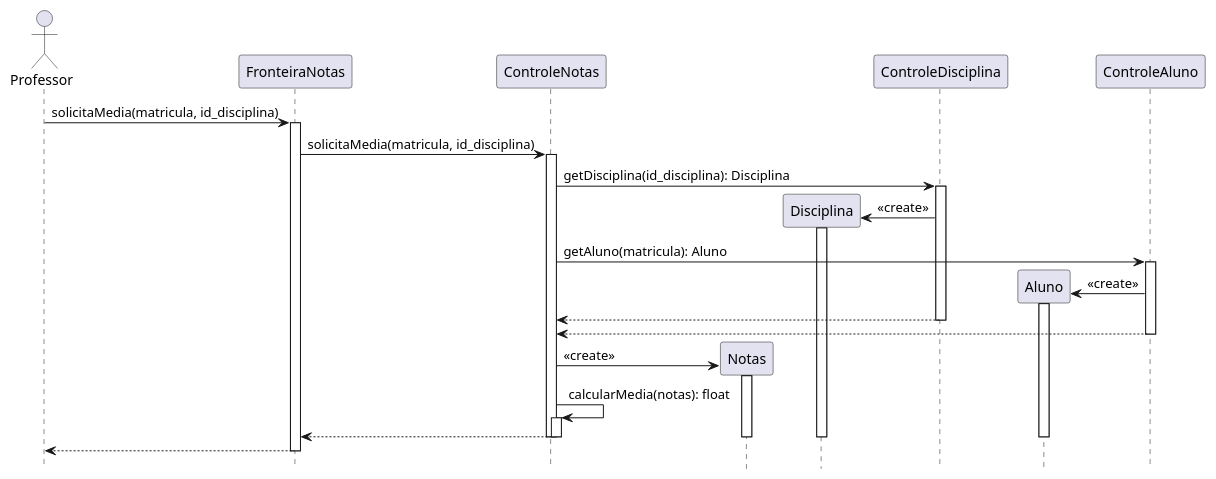
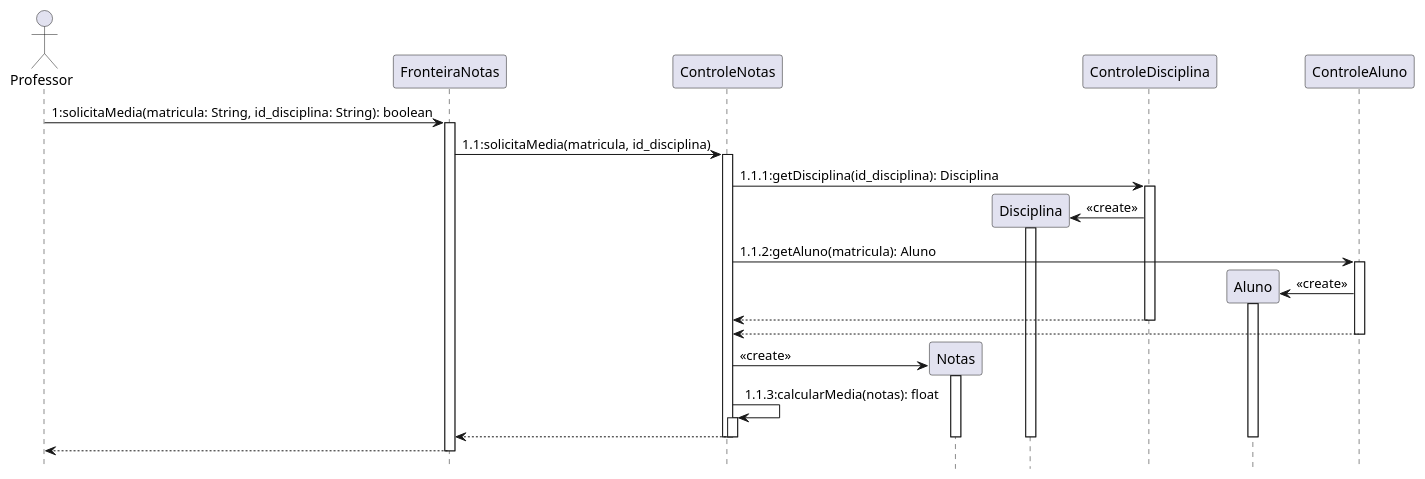
One commit to FerdinandChagas/uml_examples changed the diagram in academico/diagrama_sequencia01.iuml. Above: the diagram before and after it, drawn with PlantUML. The commit also changed 4 other files, not shown here.

Commit message:
restaurante - diagrama de sequencia e classes de projeto

```diff
--- a/academico/diagrama_sequencia01.iuml
+++ b/academico/diagrama_sequencia01.iuml
@@ -1,57 +1,57 @@
 @startuml "Notas Alunos"
 hide footbox
 
 actor Professor
 participant FronteiraNotas
 participant ControleNotas
 participant Notas
 participant Disciplina
 participant ControleDisciplina
 participant Aluno
 participant ControleAluno
 
-Professor -> FronteiraNotas: solicitaMedia(matricula, id_disciplina)
+Professor -> FronteiraNotas: 1:solicitaMedia(matricula: String, id_disciplina: String): boolean
 activate FronteiraNotas
 
-FronteiraNotas -> ControleNotas: solicitaMedia(matricula, id_disciplina)
+FronteiraNotas -> ControleNotas: 1.1:solicitaMedia(matricula, id_disciplina)
 activate ControleNotas
 
-ControleNotas -> ControleDisciplina: getDisciplina(id_disciplina): Disciplina
+ControleNotas -> ControleDisciplina: 1.1.1:getDisciplina(id_disciplina): Disciplina
 activate ControleDisciplina
 
 create Disciplina
 ControleDisciplina -> Disciplina: <<create>>
 activate Disciplina
 
-ControleNotas -> ControleAluno: getAluno(matricula): Aluno
+ControleNotas -> ControleAluno: 1.1.2:getAluno(matricula): Aluno
 activate ControleAluno
 
 create Aluno
 ControleAluno -> Aluno: <<create>>
 activate Aluno
 
 ControleDisciplina --> ControleNotas
 deactivate ControleDisciplina
 
 ControleAluno --> ControleNotas
 deactivate ControleAluno
 
 create Notas
 ControleNotas -> Notas: <<create>>
 activate Notas
 
-ControleNotas -> ControleNotas: calcularMedia(notas): float
+ControleNotas -> ControleNotas: 1.1.3:calcularMedia(notas): float
 activate ControleNotas
 
 ControleNotas --> FronteiraNotas
 deactivate Disciplina
 deactivate Aluno
 deactivate Notas
 deactivate ControleNotas
 deactivate ControleNotas
 
 FronteiraNotas --> Professor
 deactivate FronteiraNotas
 
 
 @enduml
```
